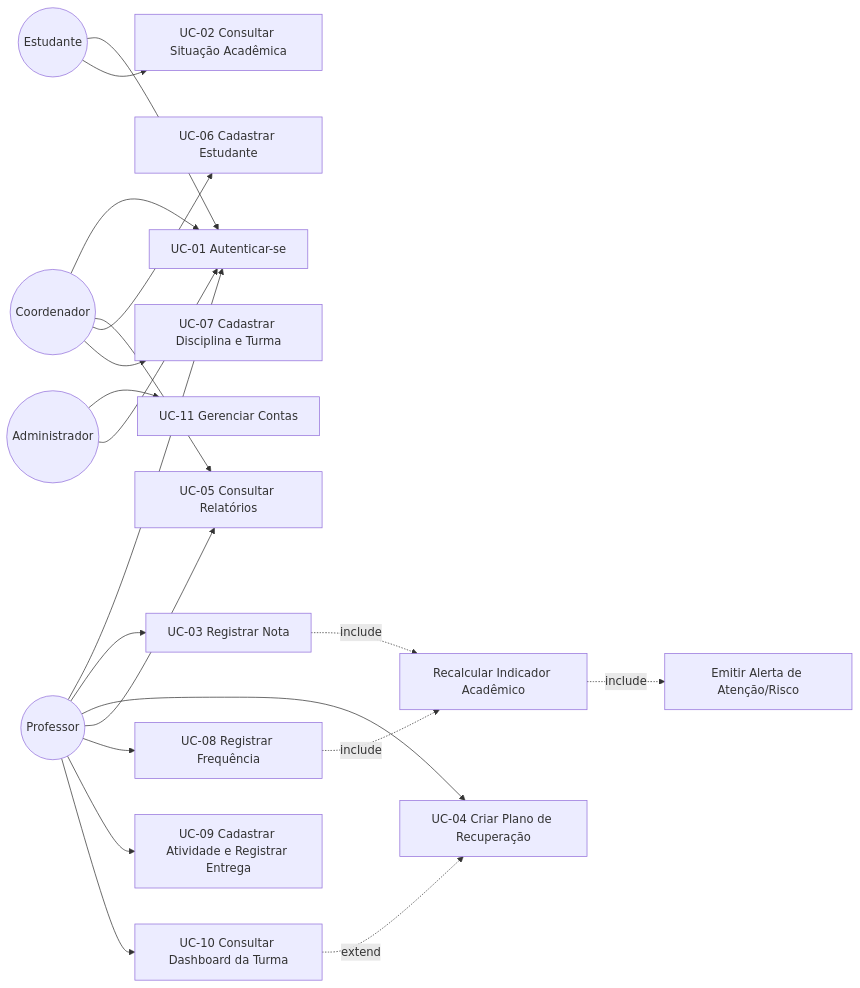
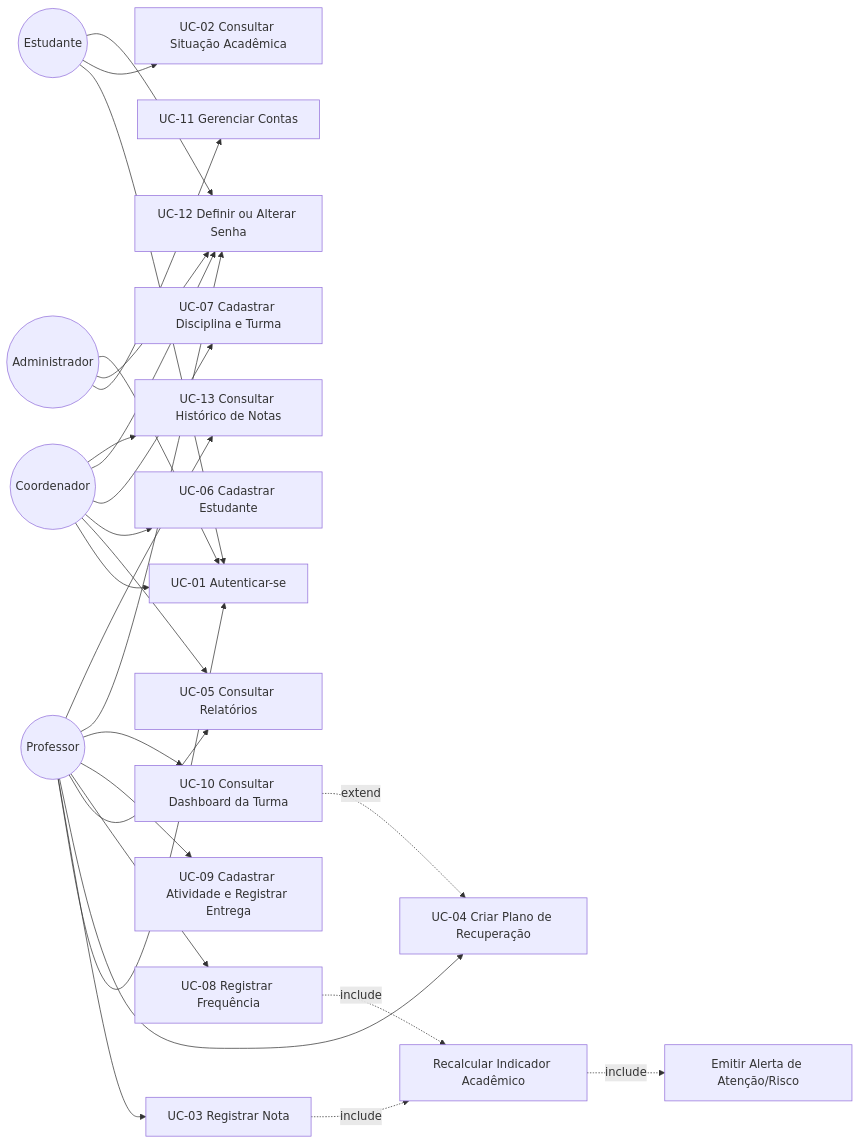
Before and after one commit to Arthurcl07/Study_Track_Project: the diagram in docs/casos-de-uso/casos-de-uso.md, drawn with Mermaid. The commit also changed other lines of this file and 10 other files, not shown here.

First line of the commit message:
docs: SPEC-011 a SPEC-014 (senha própria, plano para o estudante, histórico de notas e painel do coordenador)

````diff
--- a/docs/casos-de-uso/casos-de-uso.md
+++ b/docs/casos-de-uso/casos-de-uso.md
@@ -5,28 +5,34 @@
 ```mermaid
 flowchart LR
     Estudante((Estudante))
     Professor((Professor))
     Coordenador((Coordenador))
 
     Estudante --> UC1[UC-01 Autenticar-se]
     Professor --> UC1
     Coordenador --> UC1
 
     Estudante --> UC2[UC-02 Consultar Situação Acadêmica]
     Professor --> UC3[UC-03 Registrar Nota]
     Professor --> UC4[UC-04 Criar Plano de Recuperação]
     Professor --> UC5[UC-05 Consultar Relatórios]
     Coordenador --> UC5
     Coordenador --> UC6[UC-06 Cadastrar Estudante]
     Coordenador --> UC7[UC-07 Cadastrar Disciplina e Turma]
     Professor --> UC8[UC-08 Registrar Frequência]
     Professor --> UC9[UC-09 Cadastrar Atividade e Registrar Entrega]
     Professor --> UC10[UC-10 Consultar Dashboard da Turma]
     Administrador((Administrador)) --> UC11[UC-11 Gerenciar Contas]
+    Estudante --> UC12[UC-12 Definir ou Alterar Senha]
+    Professor --> UC12
+    Coordenador --> UC12
+    Administrador --> UC12
+    Professor --> UC13[UC-13 Consultar Histórico de Notas]
+    Coordenador --> UC13
     Administrador --> UC1
 
     UC3 -.include.-> REC[Recalcular Indicador Acadêmico]
     UC8 -.include.-> REC
     REC -.include.-> ALE[Emitir Alerta de Atenção/Risco]
     UC10 -.extend.-> UC4
 ```
````
